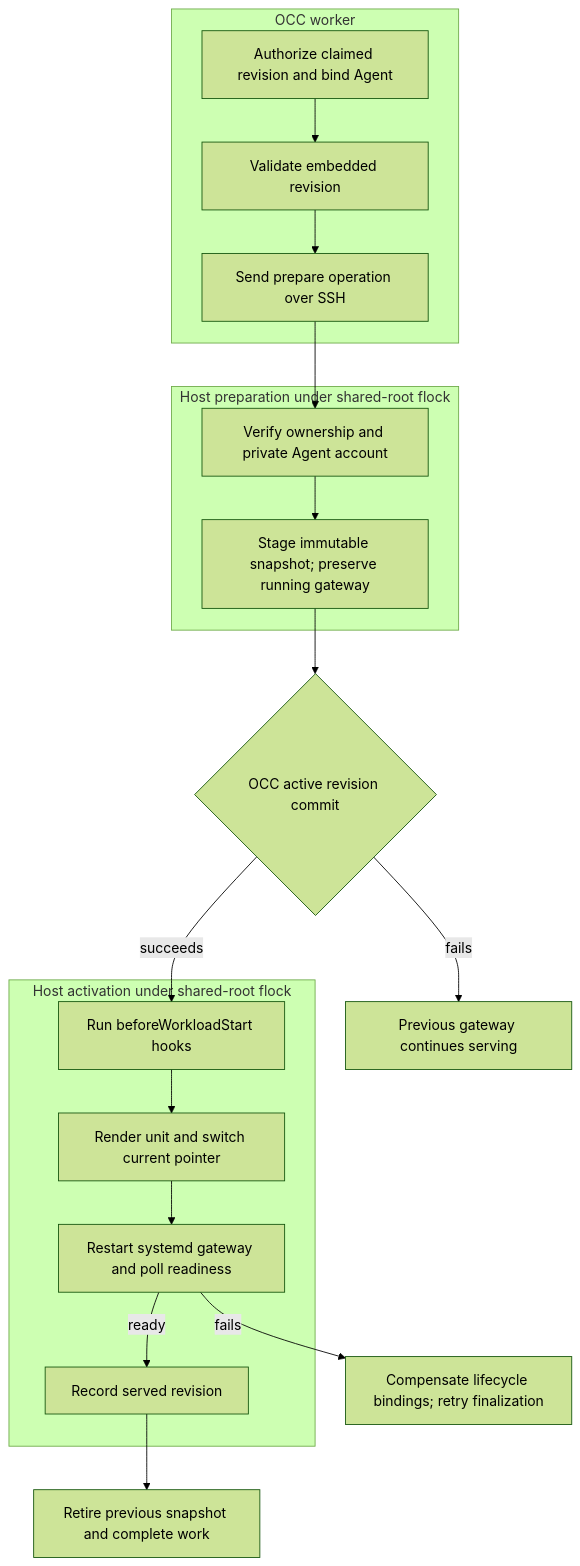
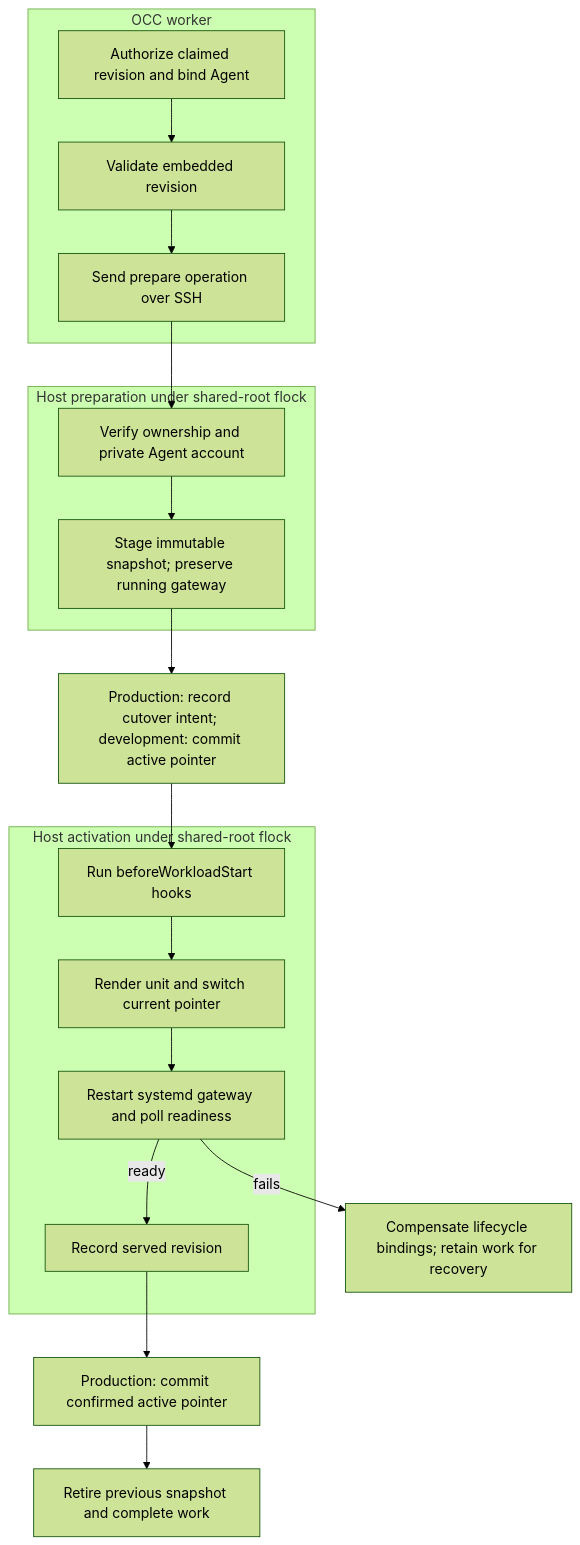
Before and after one commit to SebTardif/openclaw-enterprise: the diagram in docs/flows/pr-24-ssh-compute.md, drawn with Mermaid (forest theme). The commit also changed other lines of this file and 36 other files, not shown here.

````diff
--- a/docs/flows/pr-24-ssh-compute.md
+++ b/docs/flows/pr-24-ssh-compute.md
@@ -36,21 +37,21 @@
 ```mermaid
 graph TD
   subgraph OCC["OCC worker"]
     A["Authorize claimed revision and bind Agent"] --> B["Validate embedded revision"]
     B --> C["Send prepare operation over SSH"]
   end
   subgraph Stage["Host preparation under shared-root flock"]
     C --> D["Verify ownership and private Agent account"]
     D --> E["Stage immutable snapshot; preserve running gateway"]
   end
-  E --> F{"OCC active revision commit"}
-  F -->|fails| G["Previous gateway continues serving"]
-  F -->|succeeds| H["Run beforeWorkloadStart hooks"]
+  E --> F["Production: record cutover intent; development: commit active pointer"]
+  F --> H["Run beforeWorkloadStart hooks"]
   subgraph Activate["Host activation under shared-root flock"]
     H --> I["Render unit and switch current pointer"]
     I --> J["Restart systemd gateway and poll readiness"]
     J -->|ready| K["Record served revision"]
   end
-  J -->|fails| L["Compensate lifecycle bindings; retry finalization"]
-  K --> M["Retire previous snapshot and complete work"]
+  J -->|fails| L["Compensate lifecycle bindings; retain work for recovery"]
+  K --> P["Production: commit confirmed active pointer"]
+  P --> M["Retire previous snapshot and complete work"]
 ```
````
